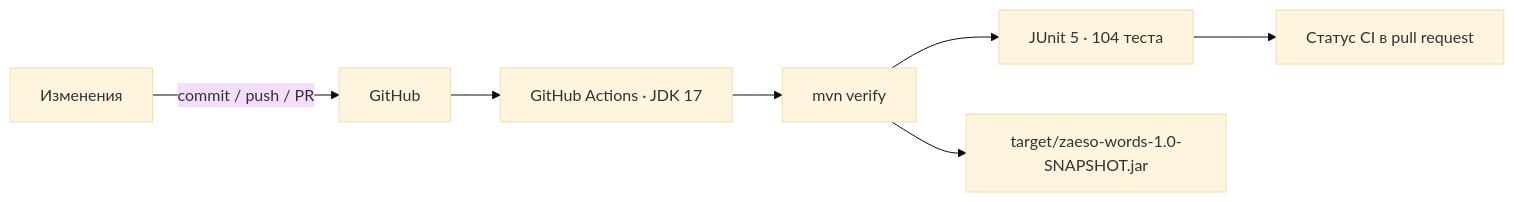
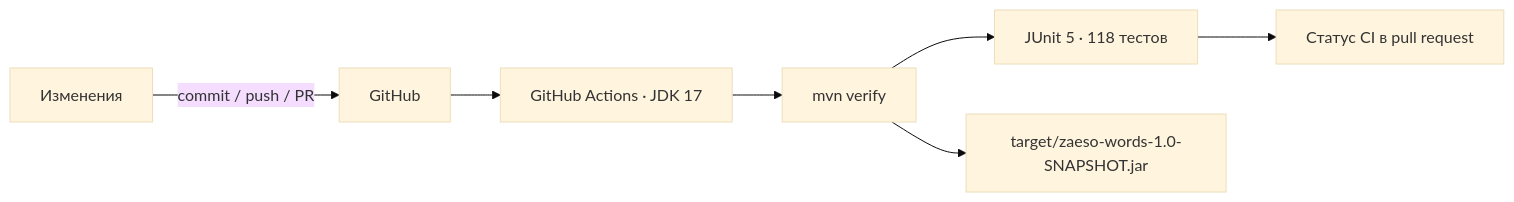
Before and after one commit to zaeso/zaeso-Words: the third of 4 diagrams in zaeso-Words-Roadmap.md, drawn with Mermaid (base theme). The commit also changed other lines of this file and 10 other files, not shown here.

````diff
--- a/zaeso-Words-Roadmap.md
+++ b/zaeso-Words-Roadmap.md
@@ -213,9 +228,9 @@
 ```mermaid
 flowchart LR
     DEV["Изменения"] -->|"commit / push / PR"| GH["GitHub"]
     GH --> CI["GitHub Actions · JDK 17"]
     CI --> MVN["mvn verify"]
-    MVN --> TESTS["JUnit 5 · 104 теста"]
+    MVN --> TESTS["JUnit 5 · 118 тестов"]
     MVN --> JAR["target/zaeso-words-1.0-SNAPSHOT.jar"]
     TESTS --> STATUS["Статус CI в pull request"]
 ```
````
